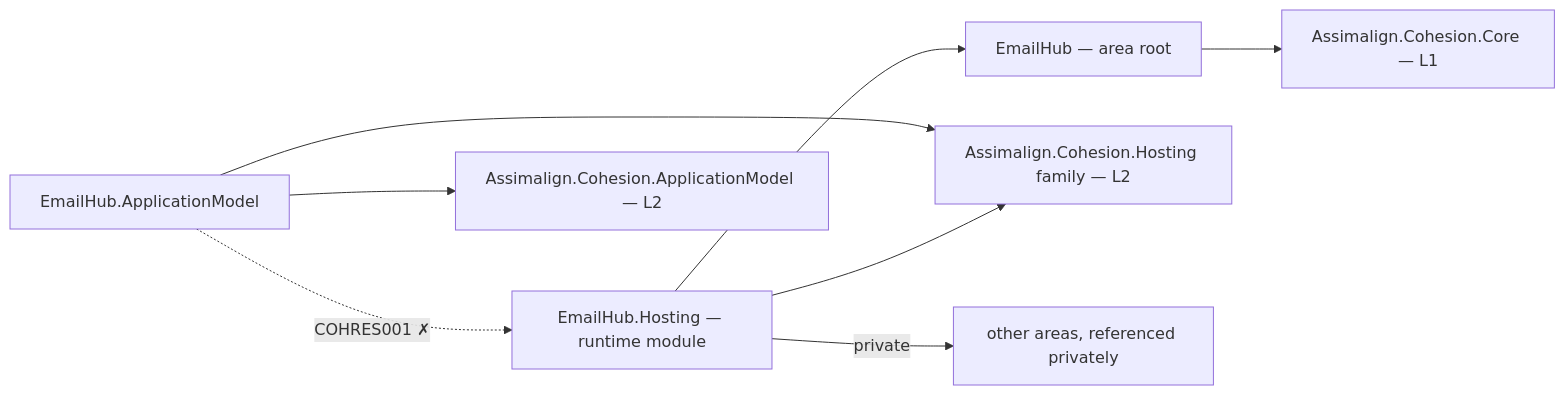
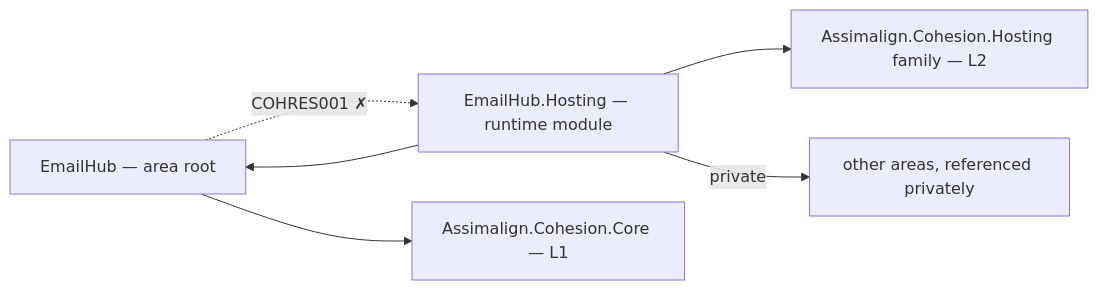
One commit to assimalign/cohesion changed the diagram in resources/EmailHub/README.md. Above: the diagram before and after it, drawn with Mermaid. The commit also changed other lines of this file and 441 other files, not shown here.

````diff
--- a/resources/EmailHub/README.md
+++ b/resources/EmailHub/README.md
@@ -12,17 +12,13 @@
 ```mermaid
 flowchart LR
     P0["EmailHub — area root"]
-    P1["EmailHub.ApplicationModel"]
     P2["EmailHub.Hosting — runtime module"]
     CORE["Assimalign.Cohesion.Core — L1"]
     HOSTFAM["Assimalign.Cohesion.Hosting family — L2"]
-    APPMODEL["Assimalign.Cohesion.ApplicationModel — L2"]
     PRIV["other areas, referenced privately"]
     P0 --> CORE
-    P1 --> APPMODEL
-    P1 --> HOSTFAM
     P2 --> P0
     P2 --> HOSTFAM
     P2 -->|"private"| PRIV
-    P1 -.->|"COHRES001 ✗"| P2
+    P0 -.->|"COHRES001 ✗"| P2
 ```
````
